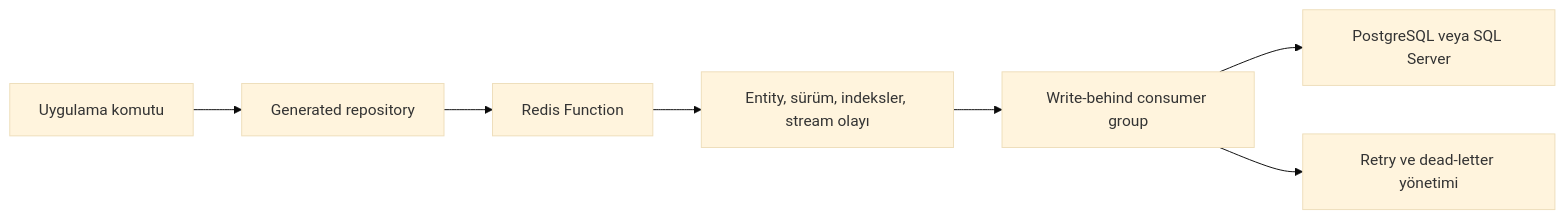
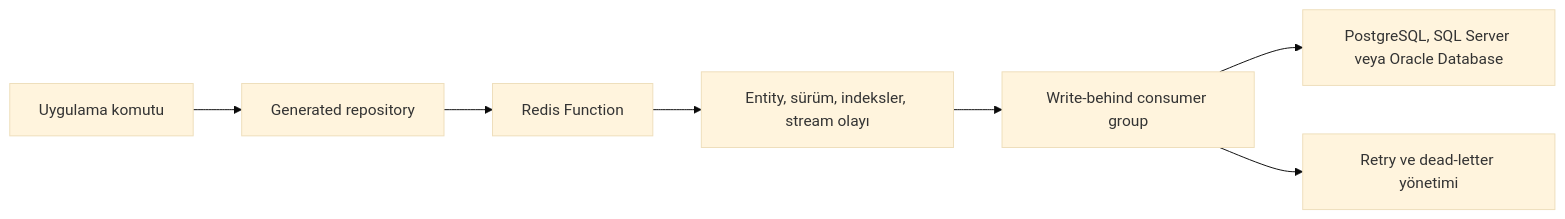
The diagram in tr/docs/architecture.md (esasmer-dou/cache-database), drawn with Mermaid (base theme) before and after one commit. The commit also changed other lines of this file and 252 other files, not shown here.

````diff
--- a/tr/docs/architecture.md
+++ b/tr/docs/architecture.md
@@ -41,9 +41,9 @@
 ```mermaid
 flowchart LR
     A["Uygulama komutu"] --> B["Generated repository"]
     B --> C["Redis Function"]
     C --> D["Entity, sürüm, indeksler, stream olayı"]
     D --> E["Write-behind consumer group"]
-    E --> F["PostgreSQL veya SQL Server"]
+    E --> F["PostgreSQL, SQL Server veya Oracle Database"]
     E --> G["Retry ve dead-letter yönetimi"]
 ```
````
